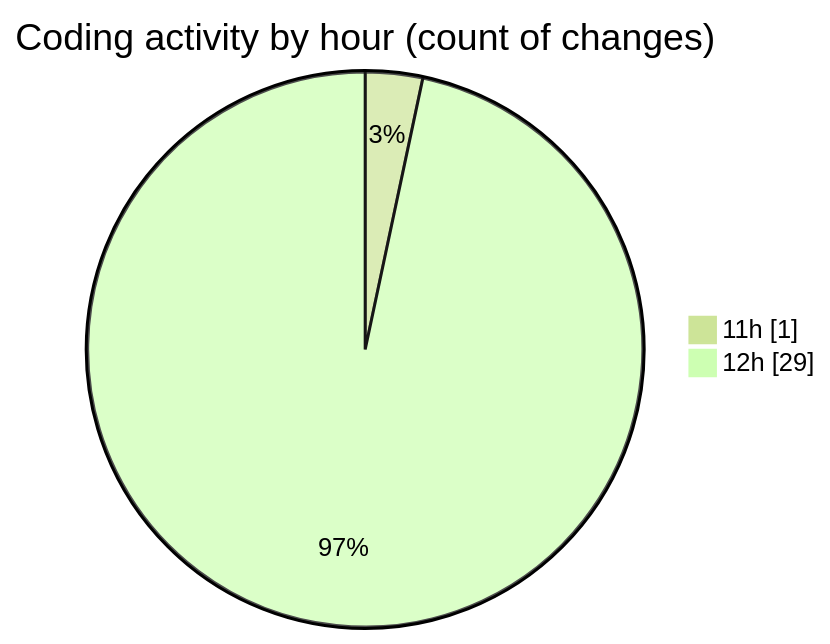
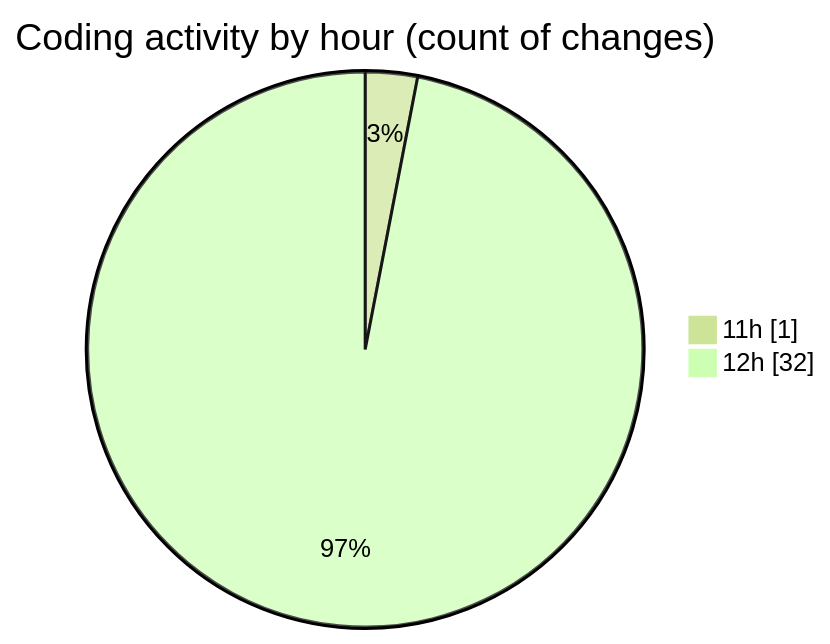
The second of 2 diagrams in 2025-07-25/nxtqube_webapp/README.md (nxtqubesakshisongat/code-tracking), drawn with Mermaid (forest theme) before and after one commit. The commit also changed other lines of this file and 1 other file, not shown here.

````diff
--- a/2025-07-25/nxtqube_webapp/README.md
+++ b/2025-07-25/nxtqube_webapp/README.md
@@ -36,6 +37,6 @@
 ```mermaid
 pie showData
 title Coding activity by hour (count of changes)
 "11h" : 1
-"12h" : 29
+"12h" : 32
 ```
````
